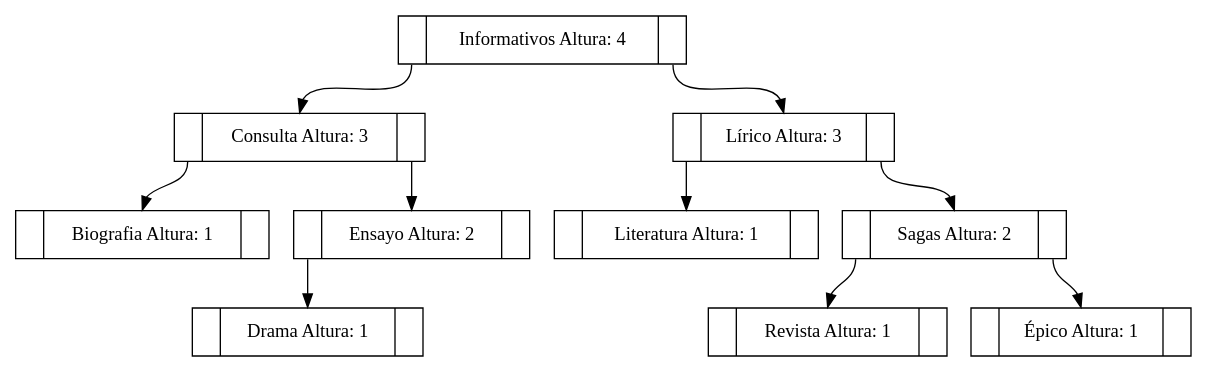
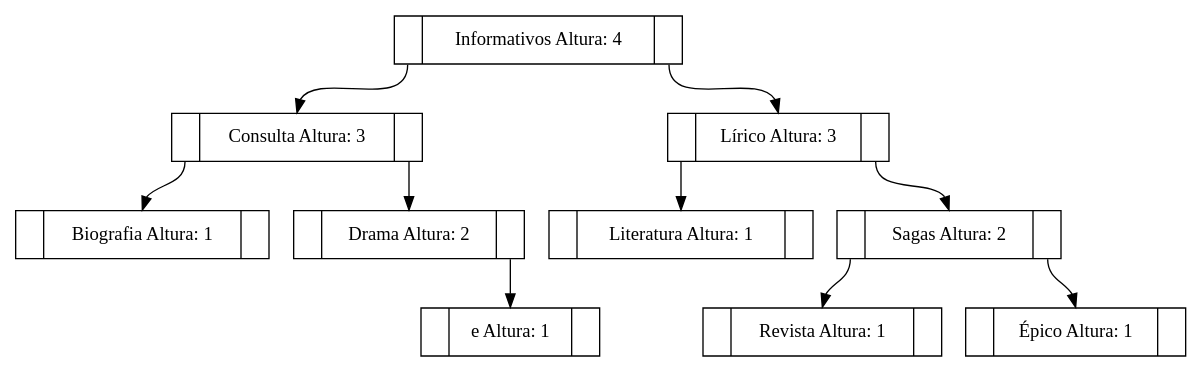
Before and after one commit to ChrisUSAC/EDD_1S2020_PY2_201709272: the diagram in USACLibrary/ArbolAVL.dot, drawn with Graphviz. The commit also changed 20 other files, not shown here.

```diff
--- a/USACLibrary/ArbolAVL.dot
+++ b/USACLibrary/ArbolAVL.dot
@@ -1,45 +1,45 @@
 digraph G
 {
         node [shape = record];
 nodeInformativos [ label ="<f0> | <f1>Informativos
  Altura: 4
  | <f2> "];
 nodeConsulta [ label ="<f0> | <f1>Consulta
  Altura: 3
  | <f2> "];
 nodeBiografia [ label ="<f0> | <f1>Biografia
  Altura: 1
  | <f2> "];
-nodeEnsayo [ label ="<f0> | <f1>Ensayo
+nodeDrama [ label ="<f0> | <f1>Drama
  Altura: 2
  | <f2> "];
-nodeDrama [ label ="<f0> | <f1>Drama
+nodee [ label ="<f0> | <f1>e
  Altura: 1
  | <f2> "];
 nodeLírico [ label ="<f0> | <f1>Lírico
  Altura: 3
  | <f2> "];
 nodeLiteratura [ label ="<f0> | <f1>Literatura
  Altura: 1
  | <f2> "];
 nodeSagas [ label ="<f0> | <f1>Sagas
  Altura: 2
  | <f2> "];
 nodeRevista [ label ="<f0> | <f1>Revista
  Altura: 1
  | <f2> "];
 nodeÉpico [ label ="<f0> | <f1>Épico
  Altura: 1
  | <f2> "];
 
 "nodeInformativos":f0 -> "nodeConsulta":f1;
 "nodeInformativos":f2 -> "nodeLírico":f1;
 "nodeConsulta":f0 -> "nodeBiografia":f1;
-"nodeConsulta":f2 -> "nodeEnsayo":f1;
-"nodeEnsayo":f0 -> "nodeDrama":f1;
+"nodeConsulta":f2 -> "nodeDrama":f1;
+"nodeDrama":f2 -> "nodee":f1;
 "nodeLírico":f0 -> "nodeLiteratura":f1;
 "nodeLírico":f2 -> "nodeSagas":f1;
 "nodeSagas":f0 -> "nodeRevista":f1;
 "nodeSagas":f2 -> "nodeÉpico":f1;
 
 }
```
